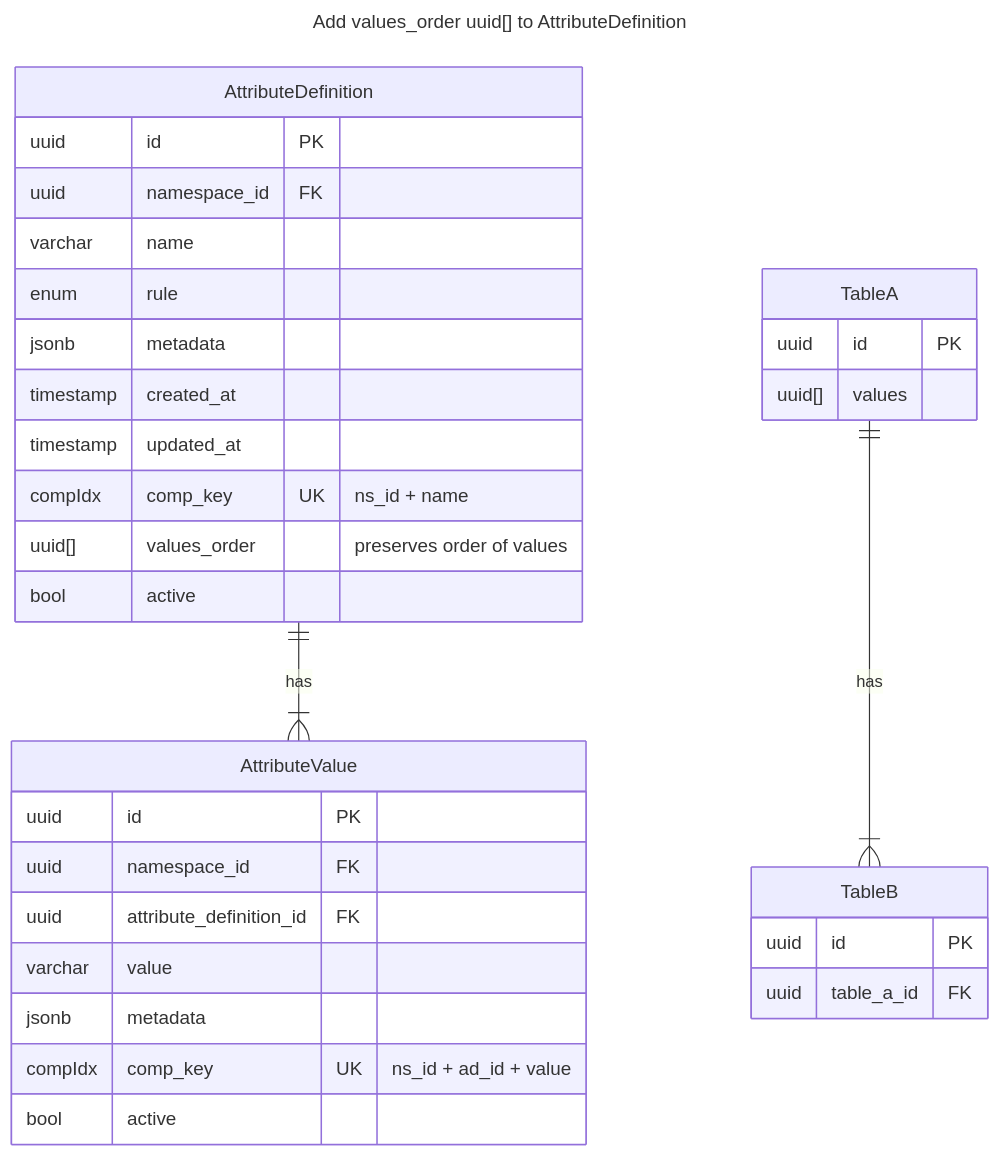
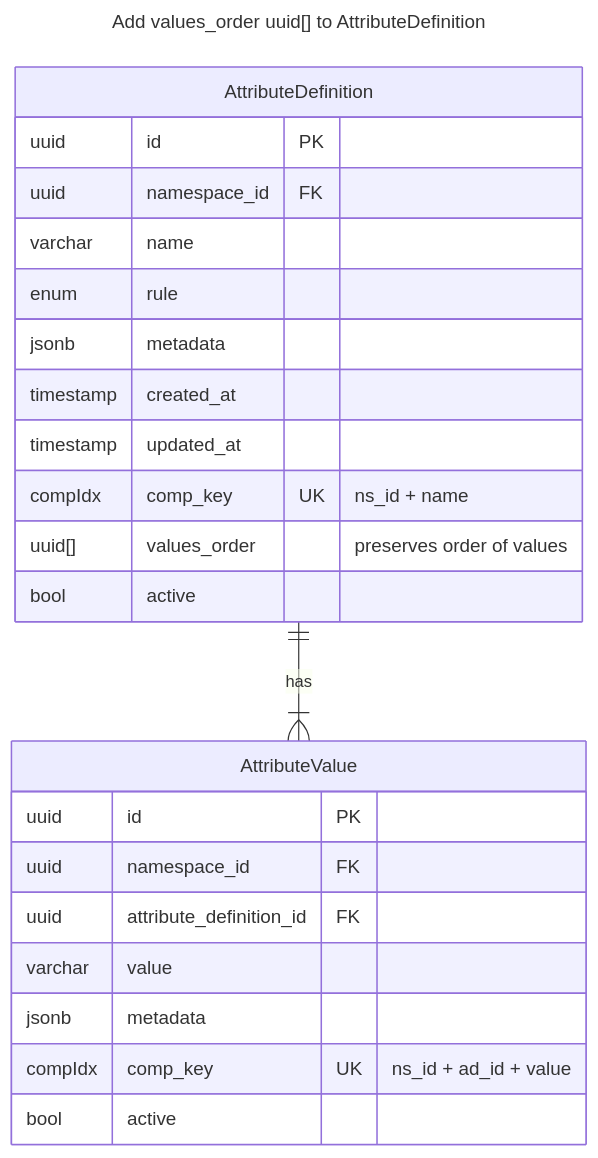
The diagram in migrations/202400402000000_preserve_value_order.md (opentdf/platform), drawn with Mermaid before and after one commit.

````diff
--- a/migrations/202400402000000_preserve_value_order.md
+++ b/migrations/202400402000000_preserve_value_order.md
@@ -18,43 +18,32 @@
 ```mermaid
 ---
 title: Add values_order uuid[] to AttributeDefinition
 nodes: |
 ---
 
 erDiagram
     AttributeDefinition ||--|{ AttributeValue : has
 
     AttributeValue {
         uuid         id                      PK
         uuid         namespace_id            FK
         uuid         attribute_definition_id FK
         varchar      value
         jsonb        metadata
         compIdx      comp_key                UK "ns_id + ad_id + value"
         bool         active
     }
 
     AttributeDefinition {
         uuid         id           PK
         uuid         namespace_id FK
         varchar      name
         enum         rule
         jsonb        metadata
         timestamp    created_at
         timestamp    updated_at
         compIdx      comp_key     UK "ns_id + name"
         uuid[]       values_order  "preserves order of values"
         bool         active
     }
-
-    TableA ||--|{ TableB : has
-    TableB {
-        uuid         id                      PK
-        uuid         table_a_id FK
-    }
-
-    TableA {
-        uuid         id           PK
-        uuid[]       values
-    }
 ```
````
